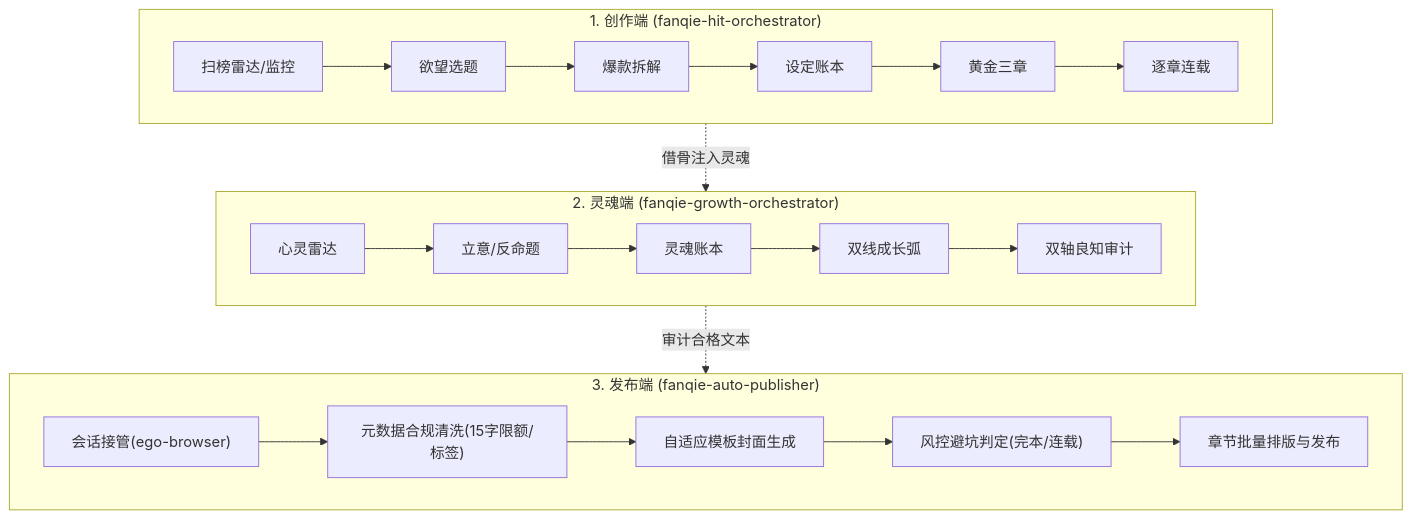
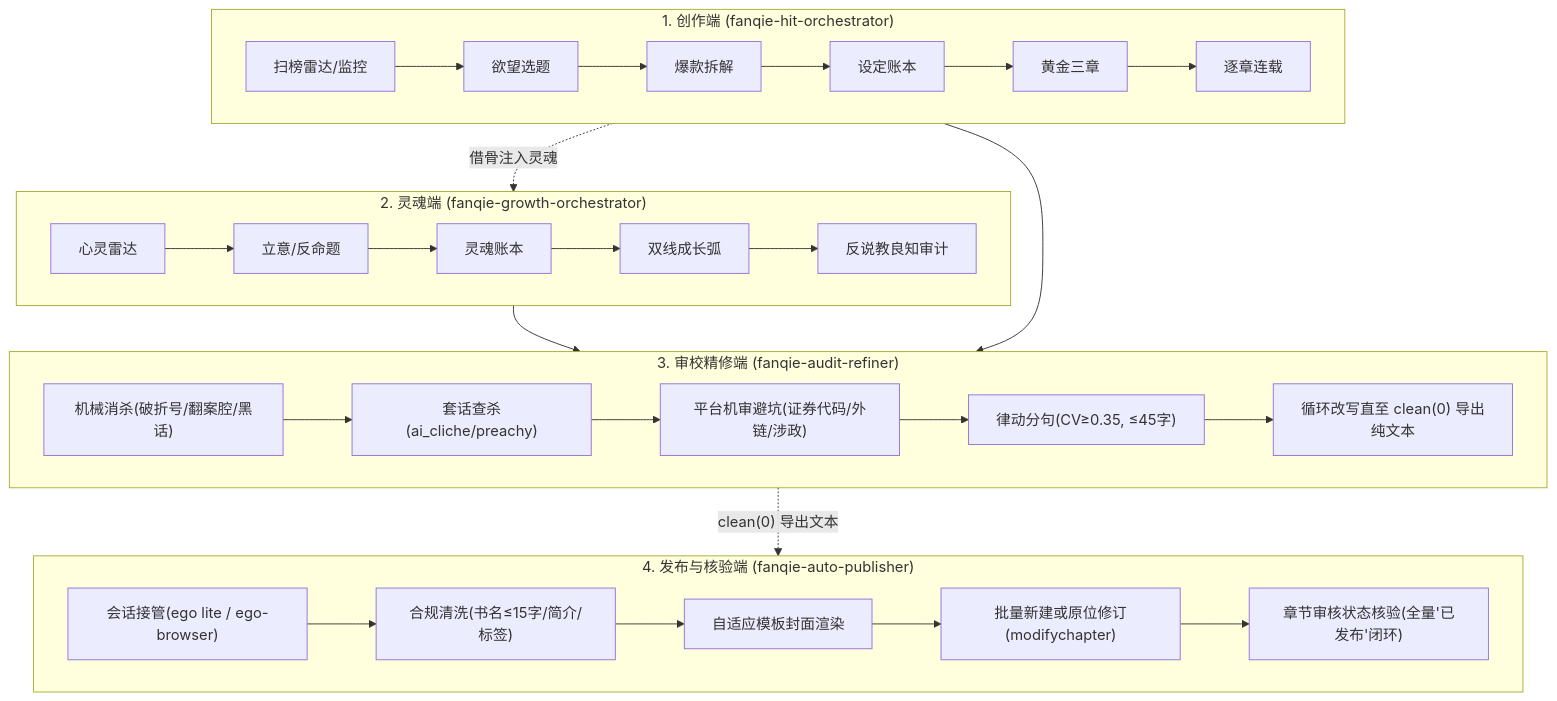
The diagram in README.md (cnproduct/fanqie-novel-skills), drawn with Mermaid before and after one commit. The commit also changed other lines of this file and 13 other files, not shown here.

Commit message:
feat: 融合多维专业审校去AI味技能(fanqie-audit-refiner)与自动化发布核验闭环

````diff
--- a/README.md
+++ b/README.md
@@ -15,15 +16,24 @@
 ```mermaid
 flowchart TD
   subgraph CREATION["1. 创作端 (fanqie-hit-orchestrator)"]
     P1["扫榜雷达/监控"] --> P2["欲望选题"] --> P3["爆款拆解"] --> P4["设定账本"] --> P5["黄金三章"] --> P6["逐章连载"]
   end
   subgraph SOUL["2. 灵魂端 (fanqie-growth-orchestrator)"]
-    G1["心灵雷达"] --> G2["立意/反命题"] --> G3["灵魂账本"] --> G4["双线成长弧"] --> G7["双轴良知审计"]
+    G1["心灵雷达"] --> G2["立意/反命题"] --> G3["灵魂账本"] --> G4["双线成长弧"] --> G5["反说教良知审计"]
   end
-  subgraph PUBLISH["3. 发布端 (fanqie-auto-publisher)"]
-    U0["会话接管(ego-browser)"] --> U1["元数据合规清洗(15字限额/标签)"] --> U2["自适应模板封面生成"] --> U3["风控避坑判定(完本/连载)"] --> U4["章节批量排版与发布"]
+  subgraph REFINE["3. 审校精修端 (fanqie-audit-refiner)"]
+    R1["机械消杀(破折号/翻案腔/黑话)"] --> R2["套话查杀(ai_cliche/preachy)"]
+    R2 --> R3["平台机审避坑(证券代码/外链/涉政)"] --> R4["律动分句(CV≥0.35, ≤45字)"]
+    R4 --> R5["循环改写直至 clean(0) 导出纯文本"]
+  end
+  subgraph PUBLISH["4. 发布与核验端 (fanqie-auto-publisher)"]
+    U0["会话接管(ego lite / ego-browser)"] --> U1["合规清洗(书名≤15字/简介/标签)"]
+    U1 --> U2["自适应模板封面渲染"] --> U3["批量新建或原位修订(modifychapter)"]
+    U3 --> U4["章节审核状态核验(全量'已发布'闭环)"]
   end
 
   CREATION -. 借骨注入灵魂 .-> SOUL
-  SOUL -. 审计合格文本 .-> PUBLISH
+  SOUL --> REFINE
+  CREATION --> REFINE
+  REFINE -. clean(0) 导出文本 .-> PUBLISH
 ```
````
